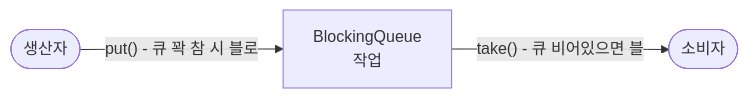
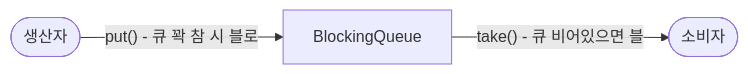
Before and after one commit to yjkim2015/yjkim2015.github.io: diagram 13 of 17 in _posts/java/2026-05-01-java-thread.md, drawn with Mermaid. The commit also changed other lines of this file and 217 other files, not shown here.

First line of the commit message:
Mermaid 크기 수정: useMaxWidth:true + SVG max-width:100% + 라벨 축소

````diff
--- a/_posts/java/2026-05-01-java-thread.md
+++ b/_posts/java/2026-05-01-java-thread.md
@@ -1207,5 +1207,5 @@
 ```mermaid
 graph LR
-  P([생산자]) -->|"put() - 큐 꽉 참 시 블로"| BQ["BlockingQueue\n작업"]
+  P([생산자]) -->|"put() - 큐 꽉 참 시 블로"| BQ["BlockingQueue"]
   BQ -->|"take() - 큐 비어있으면 블"| C([소비자])
 ```
````
